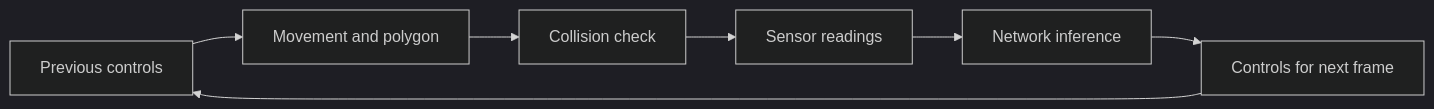
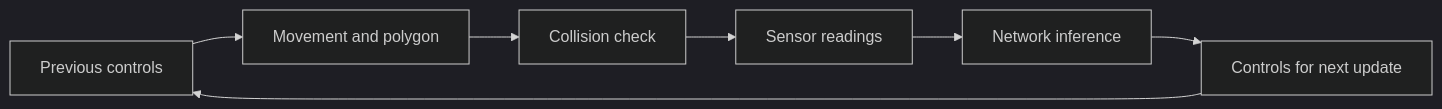
Before and after one commit to jacivaldocarvalho/self-driving-car-js: the diagram in docs/simulation.md, drawn with Mermaid (dark theme). The commit also changed other lines of this file and 26 other files, not shown here.

````diff
--- a/docs/simulation.md
+++ b/docs/simulation.md
@@ -25,9 +28,9 @@
 ```mermaid
 flowchart LR
     A[Previous controls] --> B[Movement and polygon]
     B --> C[Collision check]
     C --> D[Sensor readings]
     D --> E[Network inference]
-    E --> F[Controls for next frame]
+    E --> F[Controls for next update]
     F --> A
 ```
````
